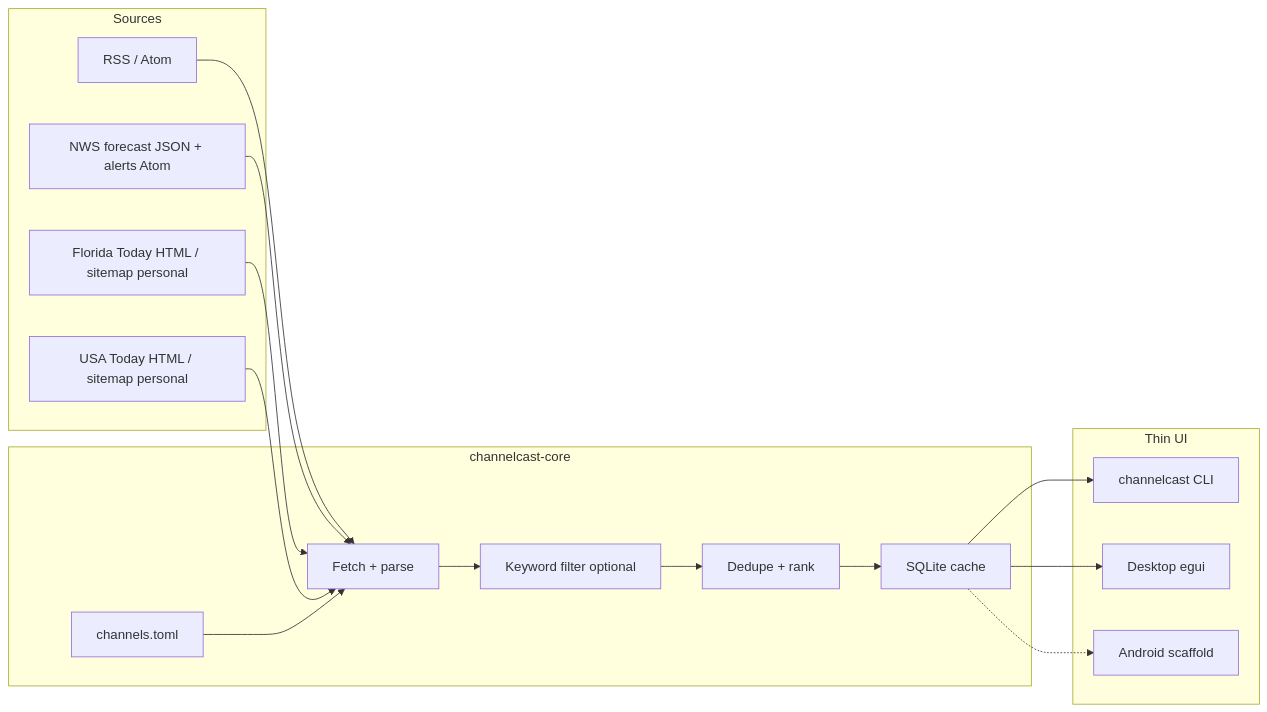
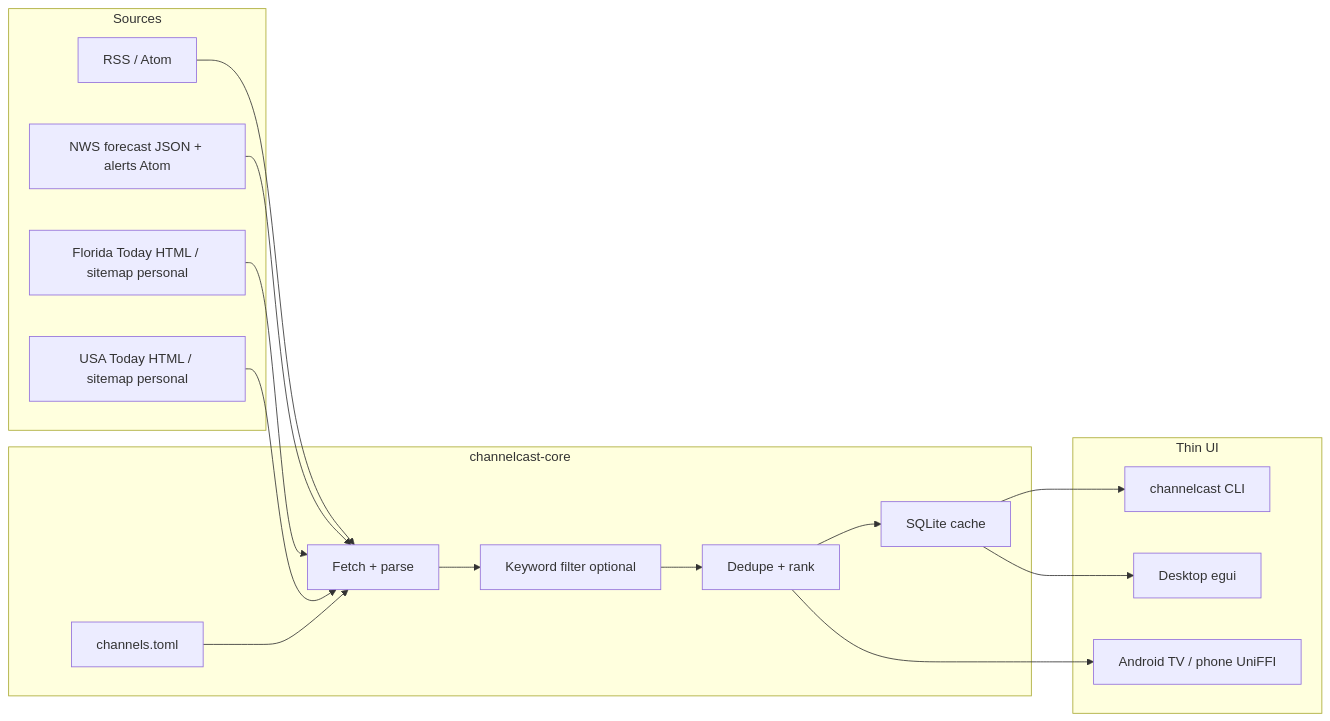
The diagram in README.md (cruiseliner/channelcast), drawn with Mermaid before and after one commit. The commit also changed other lines of this file and 17 other files, not shown here.

First line of the commit message:
Android: UniFFI bridge with live headlines (v0.1.7)

````diff
--- a/README.md
+++ b/README.md
@@ -32,29 +38,29 @@
 ```mermaid
 flowchart LR
   subgraph sources [Sources]
     RSS[RSS / Atom]
     NWS[NWS forecast JSON + alerts Atom]
     FT[Florida Today HTML / sitemap personal]
     USA[USA Today HTML / sitemap personal]
   end
   subgraph core [channelcast-core]
     Cfg[channels.toml]
     Fetch[Fetch + parse]
     Kw[Keyword filter optional]
     Rank[Dedupe + rank]
     Store[SQLite cache]
   end
   subgraph ui [Thin UI]
     CLI[channelcast CLI]
     Desk[Desktop egui]
-    And[Android scaffold]
+    And[Android TV / phone UniFFI]
   end
   RSS --> Fetch
   NWS --> Fetch
   FT --> Fetch
   USA --> Fetch
   Cfg --> Fetch --> Kw --> Rank --> Store
   Store --> CLI
   Store --> Desk
-  Store -.-> And
+  Rank --> And
 ```
````
